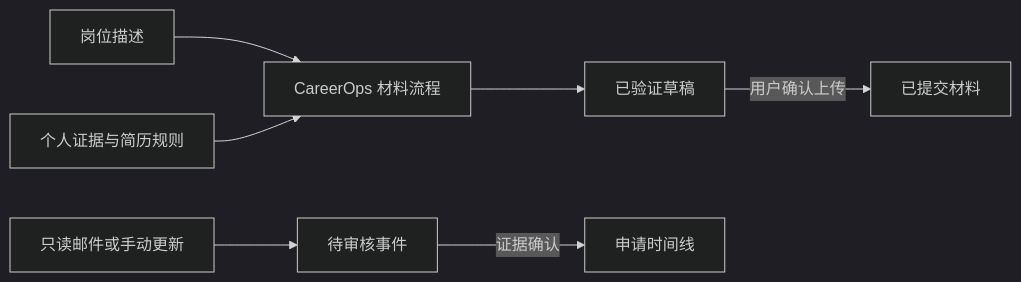
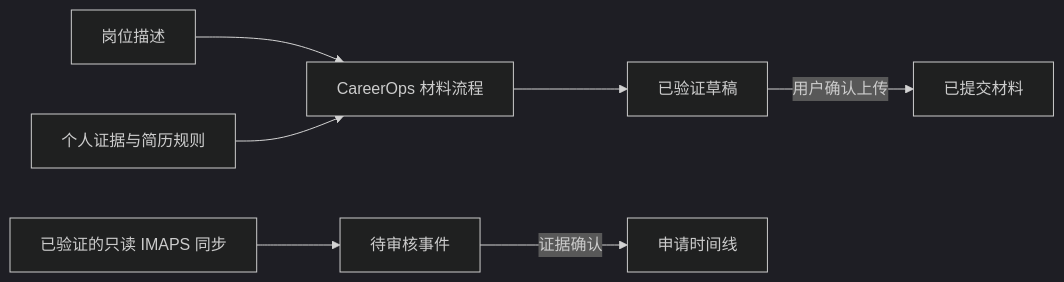
The diagram in README.zh-CN.md (haowen-ai/career-journal), drawn with Mermaid (dark theme) before and after one commit. The commit also changed other lines of this file and 53 other files, not shown here.

````diff
--- a/README.zh-CN.md
+++ b/README.zh-CN.md
@@ -42,9 +42,9 @@
 ```mermaid
 flowchart LR
     A[岗位描述] --> C[CareerOps 材料流程]
     B[个人证据与简历规则] --> C
     C --> D[已验证草稿]
     D -->|用户确认上传| E[已提交材料]
-    F[只读邮件或手动更新] --> G[待审核事件]
+    F[已验证的只读 IMAPS 同步] --> G[待审核事件]
     G -->|证据确认| H[申请时间线]
 ```
````
